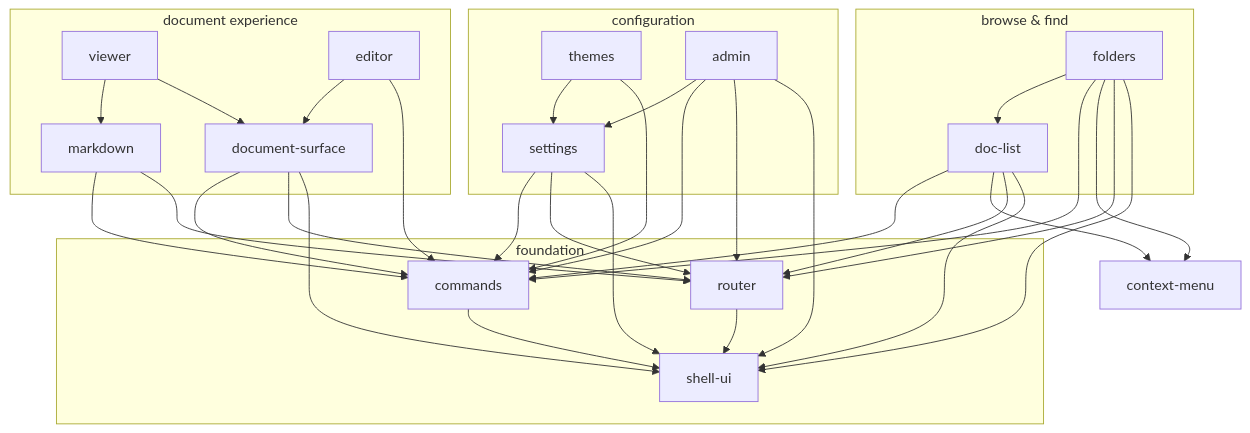
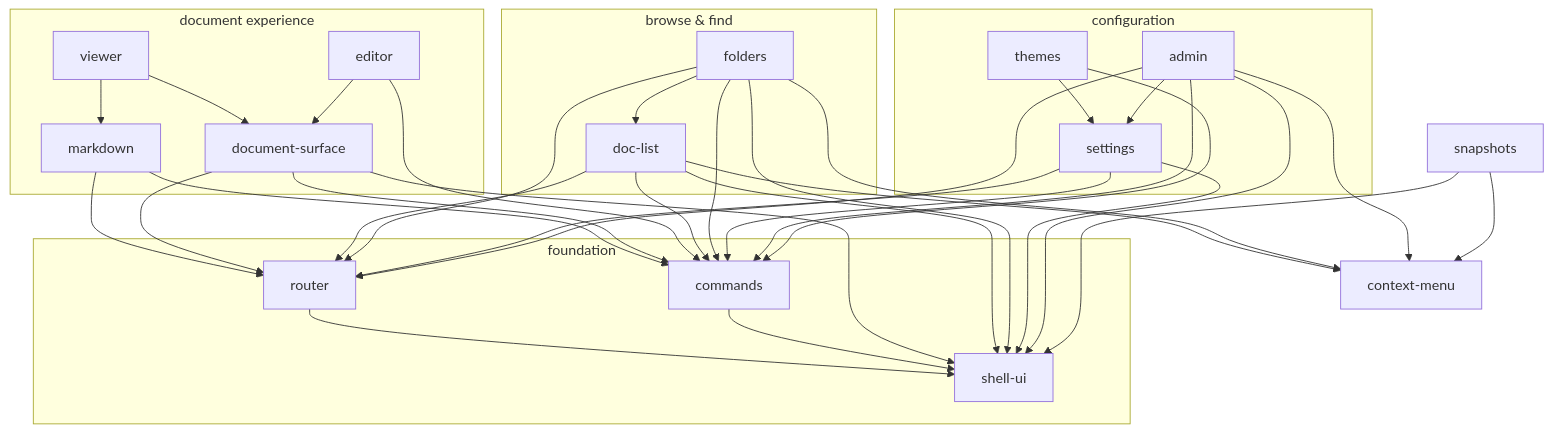
Before and after one commit to hamolicious/ddd: the diagram in plugins/base/README.md, drawn with Mermaid. The commit also changed other lines of this file and 39 other files, not shown here.

````diff
--- a/plugins/base/README.md
+++ b/plugins/base/README.md
@@ -63,31 +64,32 @@
 ```mermaid
 flowchart TD
     subgraph documents ["document experience"]
         viewer --> markdown
         viewer --> document-surface
         editor --> document-surface
     end
 
     subgraph browse ["browse & find"]
         folders --> doc-list
     end
 
     subgraph config ["configuration"]
         themes --> settings
         admin --> settings
     end
 
     subgraph foundation ["foundation"]
         router --> shell-ui
         commands --> shell-ui
     end
 
     markdown --> commands & router
     document-surface --> commands & router & shell-ui
     editor --> commands
     doc-list --> commands & context-menu & router & shell-ui
     folders --> commands & context-menu & router & shell-ui
     settings --> commands & router & shell-ui
-    admin --> commands & router & shell-ui
+    admin --> commands & context-menu & router & shell-ui
+    snapshots --> context-menu & shell-ui
     themes --> commands
 ```
````
